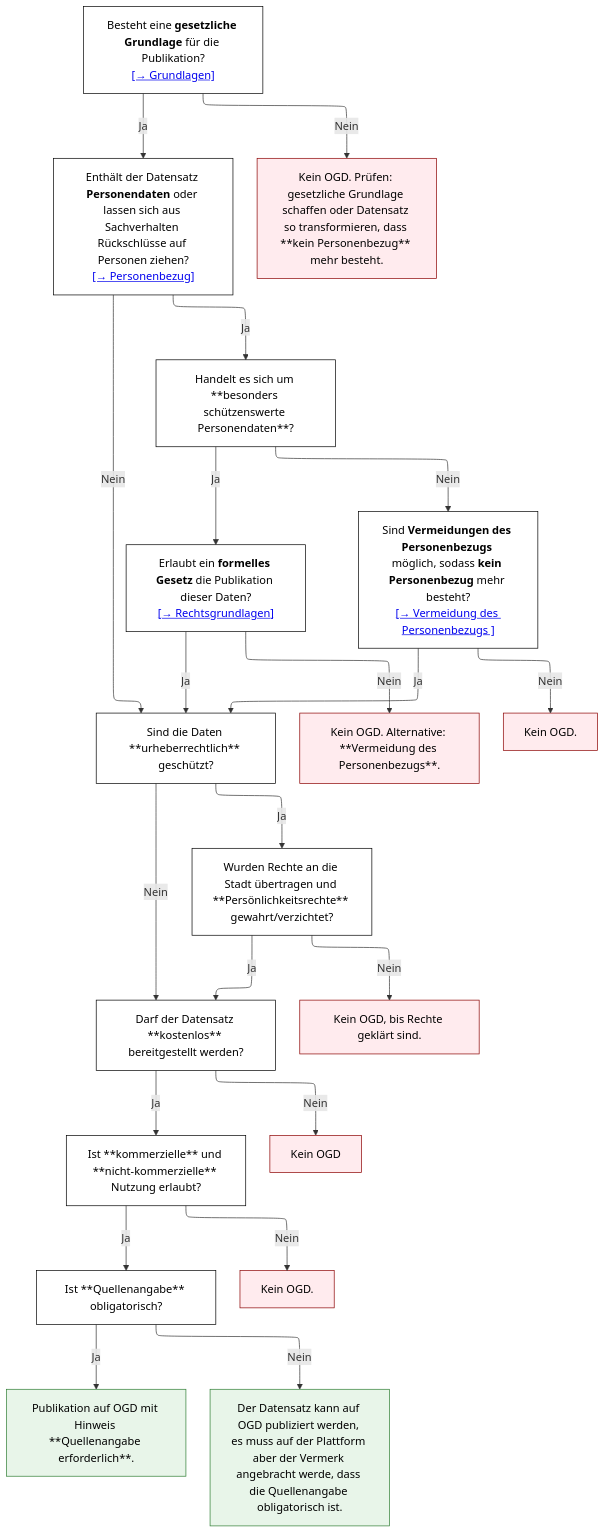
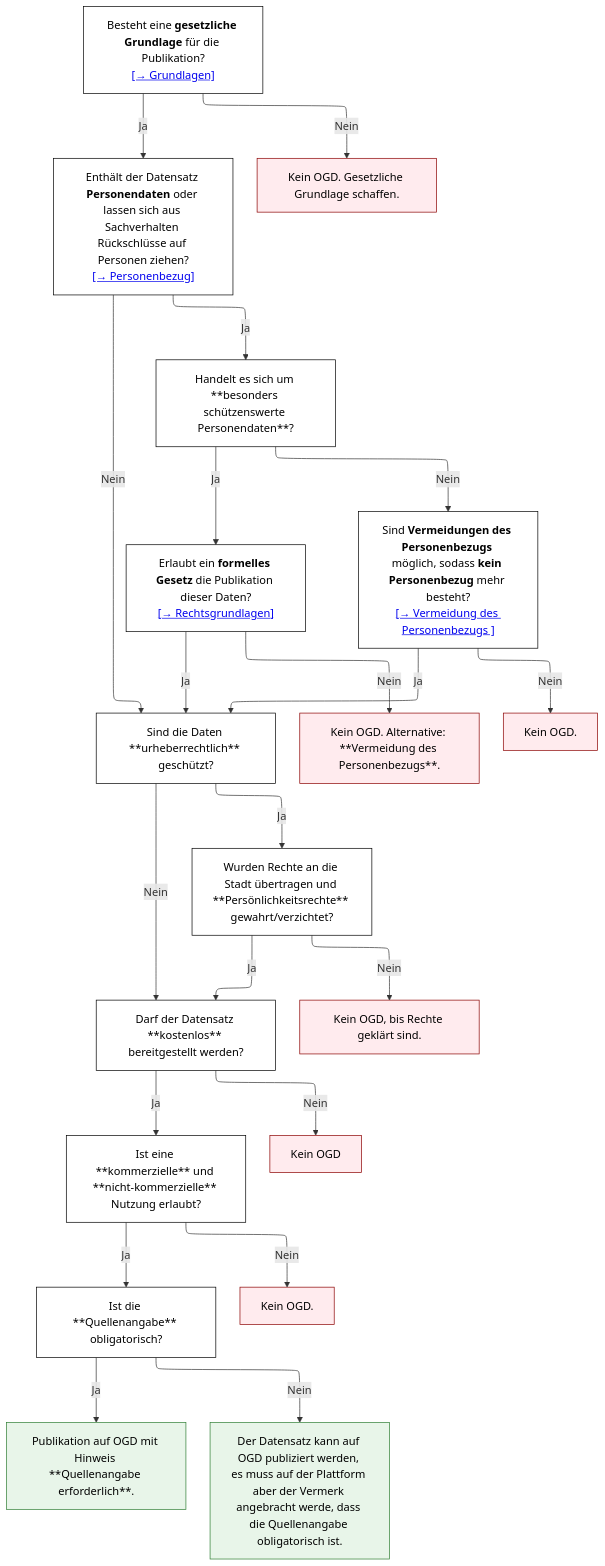
Before and after one commit to ebp-group/225348-Winterthur-OGD-Docs: the diagram in docs/datenschutz-hilfsmittel/index.md, drawn with Mermaid. The commit also changed 1 other file, not shown here.

Commit message:
Grundlagen

````diff
--- a/docs/datenschutz-hilfsmittel/index.md
+++ b/docs/datenschutz-hilfsmittel/index.md
@@ -13,55 +13,55 @@
 ```mermaid
 ---
 config:
   layout: elk
 ---
 flowchart TD
     A@{ label: "Besteht eine **gesetzliche Grundlage** für die Publikation?<br><a href=\"https://ebp-group.github.io/225348-Winterthur-OGD-Docs/datenschutz-hilfsmittel/grundlagen\">[→ Grundlagen]</a>" } -- Ja --> B@{ label: "Enthält der Datensatz **Personendaten** oder lassen sich aus Sachverhalten Rückschlüsse auf Personen ziehen?<br><a href=\"https://ebp-group.github.io/225348-Winterthur-OGD-Docs/datenschutz-hilfsmittel/personenbezug\">[→ Personenbezug]</a>" }
-    A -- Nein --> X1["Kein OGD. Prüfen: gesetzliche Grundlage schaffen oder Datensatz so transformieren, dass **kein Personenbezug** mehr besteht."]
+    A -- Nein --> X1["Kein OGD. Gesetzliche Grundlage schaffen."]
     B -- Nein --> C["Sind die Daten **urheberrechtlich** geschützt?"]
     B -- Ja --> D["Handelt es sich um **besonders schützenswerte Personendaten**?"]
     D -- Ja --> E@{ label: "Erlaubt ein **formelles Gesetz** die Publikation dieser Daten?<br><a href=\"https://ebp-group.github.io/225348-Winterthur-OGD-Docs/datenschutz-hilfsmittel/rechtsgrundlagen\">[→ Rechtsgrundlagen]</a>" }
     D -- Nein --> F@{ label: "Sind **Vermeidungen des Personenbezugs** möglich, sodass **kein Personenbezug** mehr besteht?<br><a href=\"https://ebp-group.github.io/225348-Winterthur-OGD-Docs/datenschutz-hilfsmittel/vermeidung\">[→ Vermeidung des Personenbezugs ]</a>" }
     E -- Ja --> C
     E -- Nein --> X2["Kein OGD. Alternative: **Vermeidung des Personenbezugs**."]
     F -- Ja --> C
     F -- Nein --> X3["Kein OGD."]
     C -- Ja --> G["Wurden Rechte an die Stadt übertragen und **Persönlichkeitsrechte** gewahrt/verzichtet?"]
     C -- Nein --> H["Darf der Datensatz **kostenlos** bereitgestellt werden?"]
     G -- Ja --> H
     G -- Nein --> X4["Kein OGD, bis Rechte geklärt sind."]
-    H -- Ja --> I["Ist **kommerzielle** und **nicht-kommerzielle** Nutzung erlaubt?"]
+    H -- Ja --> I["Ist eine **kommerzielle** und **nicht-kommerzielle** Nutzung erlaubt?"]
     H -- Nein --> Y1["Kein OGD"]
-    I -- Ja --> J["Ist **Quellenangabe** obligatorisch?"]
+    I -- Ja --> J["Ist die **Quellenangabe** obligatorisch?"]
     I -- Nein --> Y2["Kein OGD."]
     J -- Ja --> Z2["Publikation auf OGD mit Hinweis **Quellenangabe erforderlich**."]
     J -- Nein --> Z1["Der Datensatz kann auf OGD publiziert werden, es muss auf der Plattform aber der Vermerk angebracht werde, dass die Quellenangabe obligatorisch ist."]
     A@{ shape: rect}
     B@{ shape: rect}
     E@{ shape: rect}
     F@{ shape: rect}
     G@{ shape: rect}
     I@{ shape: rect}
      A:::neutral
      B:::neutral
      X1:::stop
      C:::neutral
      D:::neutral
      E:::neutral
      F:::neutral
      X2:::stop
      X3:::stop
      G:::neutral
      H:::neutral
      X4:::stop
      I:::neutral
      Y1:::stop
      J:::neutral
      Y2:::stop
      Z2:::ok
      Z1:::ok
     classDef ok fill:#e8f5e9,stroke:#2e7d32,color:#000
     classDef warn fill:#ffffff,stroke:#9e9e9e,color:#000
     classDef stop fill:#ffebee,stroke:#8b0000,color:#000
     classDef neutral fill:#ffffff,stroke:#000,color:#000
 ```
````
